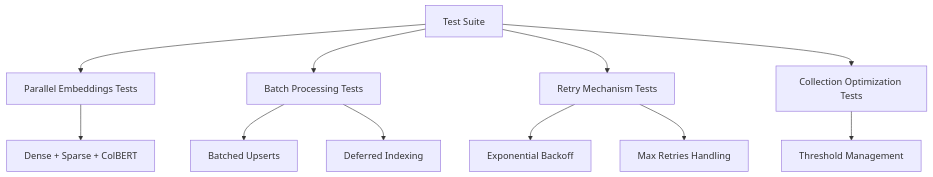
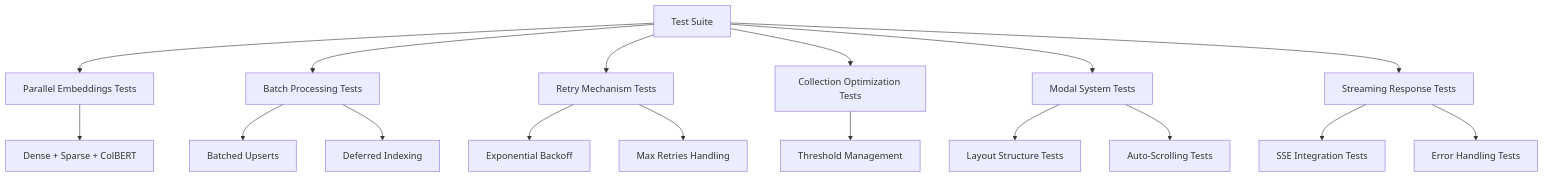
Before and after one commit to ognelis/cafetera_hr_bot: diagram 15 of 15 in .qoder/repowiki/en/content/Document Management System.md, drawn with Mermaid. The commit also changed other lines of this file and 6 other files, not shown here.

````diff
--- a/.qoder/repowiki/en/content/Document Management System.md
+++ b/.qoder/repowiki/en/content/Document Management System.md
@@ -433,18 +519,26 @@
 ```mermaid
 graph TB
 TestSuite["Test Suite"]
 ParallelTests["Parallel Embeddings Tests"]
 BatchTests["Batch Processing Tests"]
 RetryTests["Retry Mechanism Tests"]
 OptimizeTests["Collection Optimization Tests"]
+ModalTests["Modal System Tests"]
+StreamingTests["Streaming Response Tests"]
 TestSuite --> ParallelTests
 TestSuite --> BatchTests
 TestSuite --> RetryTests
 TestSuite --> OptimizeTests
+TestSuite --> ModalTests
+TestSuite --> StreamingTests
 ParallelTests --> DenseSparseColBERT["Dense + Sparse + ColBERT"]
 BatchTests --> BatchUpsert["Batched Upserts"]
 BatchTests --> DeferredIndexing["Deferred Indexing"]
 RetryTests --> ExponentialBackoff["Exponential Backoff"]
 RetryTests --> MaxRetries["Max Retries Handling"]
 OptimizeTests --> ThresholdManagement["Threshold Management"]
+ModalTests --> LayoutStructure["Layout Structure Tests"]
+ModalTests --> AutoScrolling["Auto-Scrolling Tests"]
+StreamingTests --> SSEIntegration["SSE Integration Tests"]
+StreamingTests --> ErrorHandling["Error Handling Tests"]
 ```
````
